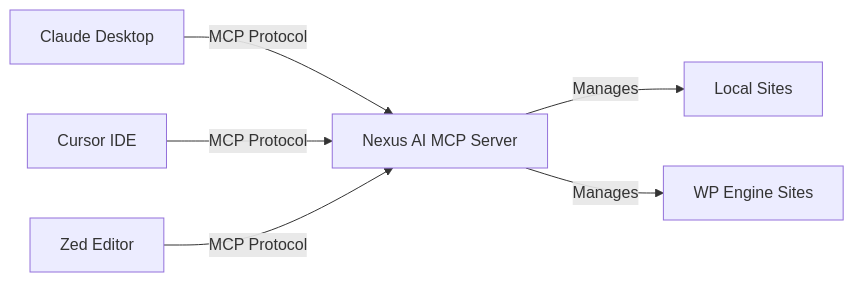
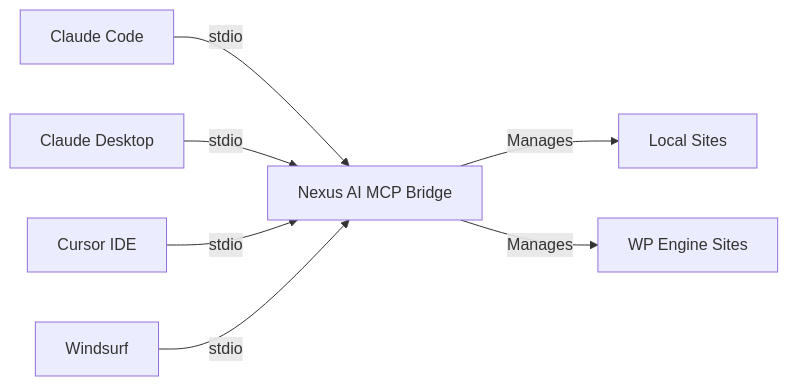
The diagram in docs-site/docs/cli/mcp-setup.md (jpollock/local-addon-nexus-ai), drawn with Mermaid before and after one commit. The commit also changed other lines of this file and 19 other files, not shown here.

````diff
--- a/docs-site/docs/cli/mcp-setup.md
+++ b/docs-site/docs/cli/mcp-setup.md
@@ -25,8 +25,9 @@
 ```mermaid
 graph LR
-    A[Claude Desktop] -->|MCP Protocol| B[Nexus AI MCP Server]
-    C[Cursor IDE] -->|MCP Protocol| B
-    D[Zed Editor] -->|MCP Protocol| B
-    B -->|Manages| E[Local Sites]
-    B -->|Manages| F[WP Engine Sites]
+    A[Claude Code] -->|stdio| B[Nexus AI MCP Bridge]
+    C[Claude Desktop] -->|stdio| B
+    D[Cursor IDE] -->|stdio| B
+    E[Windsurf] -->|stdio| B
+    B -->|Manages| F[Local Sites]
+    B -->|Manages| G[WP Engine Sites]
 ```
````
